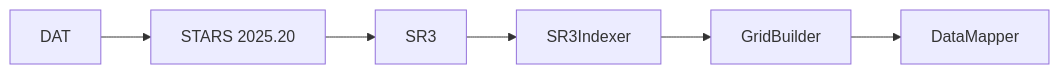
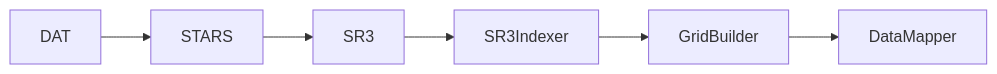
One commit to LLPetro/pysr3 changed the diagram in docs/developer-guide/testing.md. Above: the diagram before and after it, drawn with Mermaid. The commit also changed other lines of this file and 14 other files, not shown here.

````diff
--- a/docs/developer-guide/testing.md
+++ b/docs/developer-guide/testing.md
@@ -6,8 +6,8 @@
 ```mermaid
 flowchart LR
-    A[DAT] --> B[STARS 2025.20]
+    A[DAT] --> B[STARS]
     B --> C[SR3]
     C --> D[SR3Indexer]
     D --> E[GridBuilder]
     E --> F[DataMapper]
 ```
````
